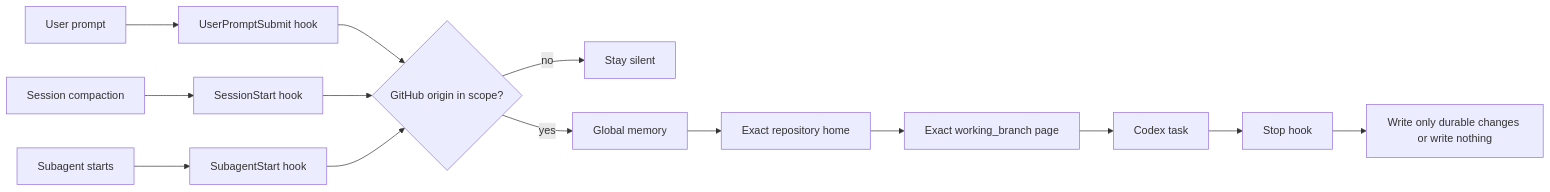
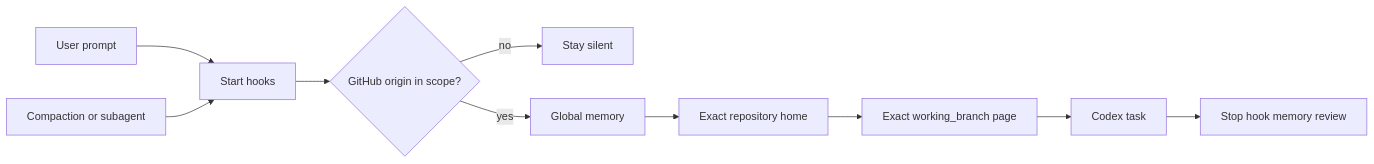
One commit to Wang-Ruibin/codex-obsidian-memory changed the diagram in README.md. Above: the diagram before and after it, drawn with Mermaid. The commit also changed other lines of this file and 58 other files, not shown here.

````diff
--- a/README.md
+++ b/README.md
@@ -80,14 +71,12 @@
 ```mermaid
 flowchart LR
-    A[User prompt] --> B[UserPromptSubmit hook]
-    C[Session compaction] --> D[SessionStart hook]
-    E[Subagent starts] --> F[SubagentStart hook]
-    B & D & F --> G{GitHub origin in scope?}
-    G -- no --> H[Stay silent]
-    G -- yes --> I[Global memory]
-    I --> J[Exact repository home]
-    J --> K[Exact working_branch page]
-    K --> L[Codex task]
-    L --> M[Stop hook]
-    M --> N[Write only durable changes or write nothing]
+    A[User prompt] --> B[Start hooks]
+    C[Compaction or subagent] --> B
+    B --> D{GitHub origin in scope?}
+    D -- no --> E[Stay silent]
+    D -- yes --> F[Global memory]
+    F --> G[Exact repository home]
+    G --> H[Exact working_branch page]
+    H --> I[Codex task]
+    I --> J[Stop hook memory review]
 ```
````
